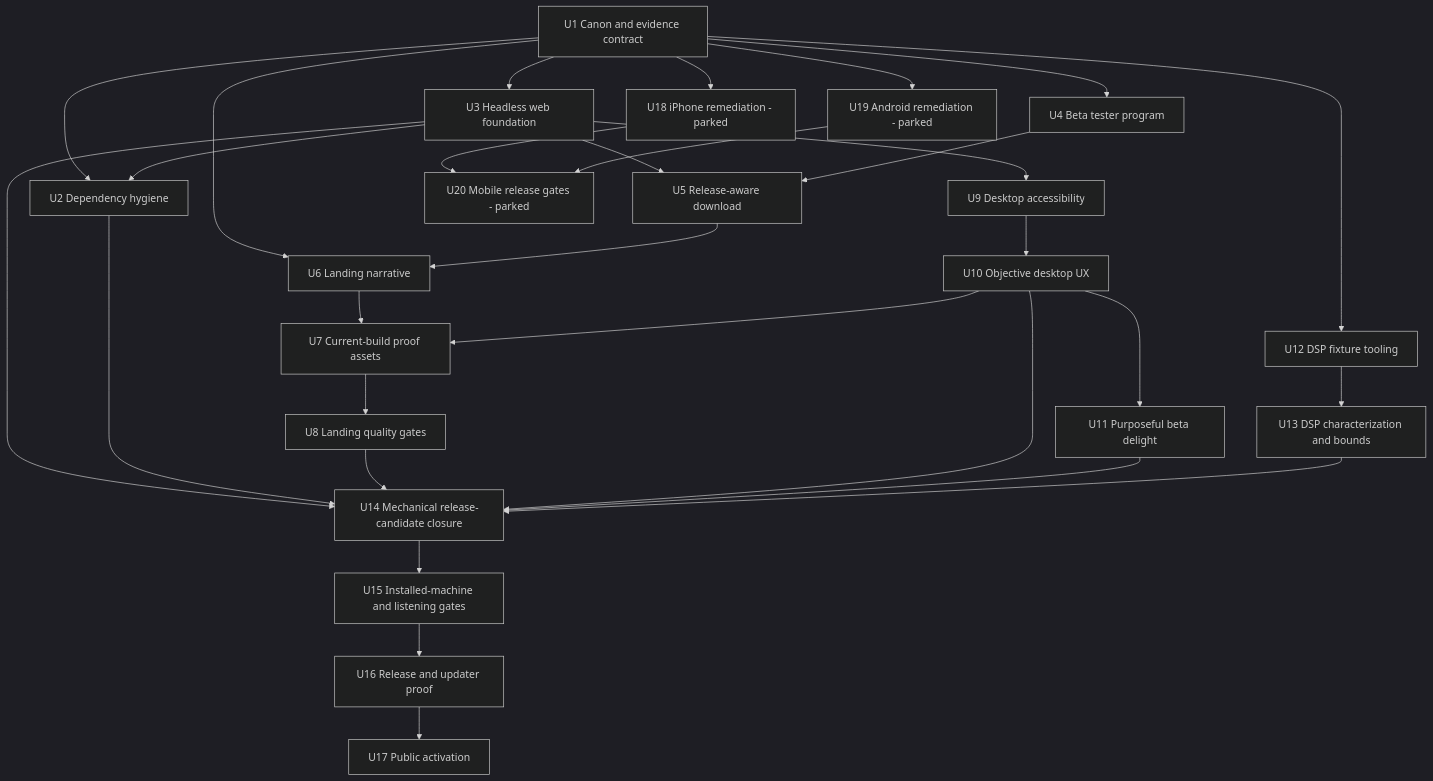
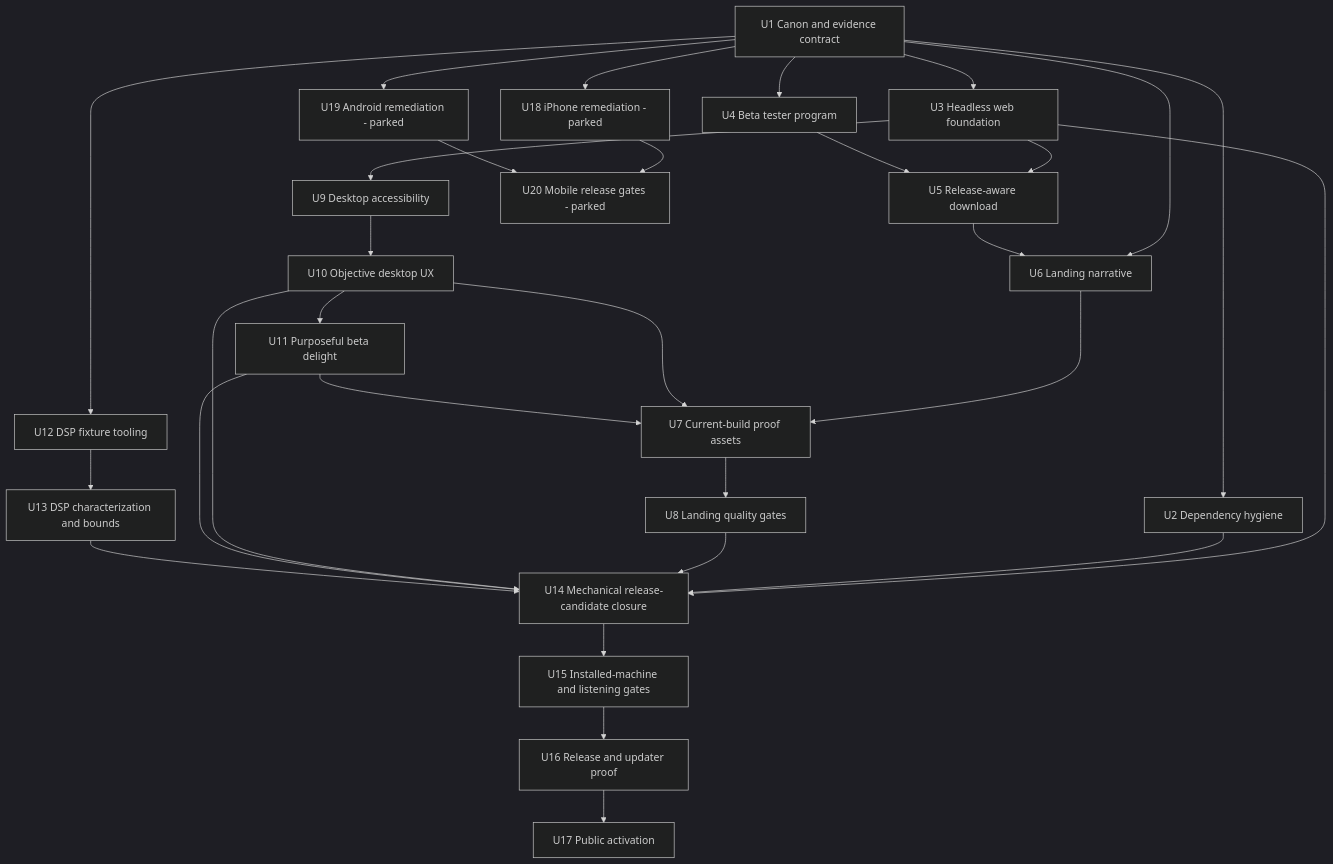
The second of 3 diagrams in docs/plans/2026-07-24-001-feat-public-beta-quality-plan.md (DanielKinsner/yes-master), drawn with Mermaid (dark theme) before and after one commit. The commit also changed other lines of this file, not shown here.

````diff
--- a/docs/plans/2026-07-24-001-feat-public-beta-quality-plan.md
+++ b/docs/plans/2026-07-24-001-feat-public-beta-quality-plan.md
@@ -265,32 +323,32 @@
 ```mermaid
 flowchart TD
     U1 --> U3["U3 Headless web foundation"]
     U1["U1 Canon and evidence contract"] --> U2["U2 Dependency hygiene"]
-    U3 --> U2
     U1 --> U4["U4 Beta tester program"]
     U3 --> U5["U5 Release-aware download"]
     U4 --> U5
     U1 --> U6["U6 Landing narrative"]
     U5 --> U6
     U6 --> U7["U7 Current-build proof assets"]
     U10 --> U7
+    U11 --> U7
     U7 --> U8["U8 Landing quality gates"]
     U3 --> U9["U9 Desktop accessibility"]
     U9 --> U10["U10 Objective desktop UX"]
     U10 --> U11["U11 Purposeful beta delight"]
     U1 --> U12["U12 DSP fixture tooling"]
     U12 --> U13["U13 DSP characterization and bounds"]
     U3 --> U14["U14 Mechanical release-candidate closure"]
     U2 --> U14
     U8 --> U14
     U10 --> U14
     U11 --> U14
     U13 --> U14
     U14 --> U15["U15 Installed-machine and listening gates"]
     U15 --> U16["U16 Release and updater proof"]
     U16 --> U17["U17 Public activation"]
     U1 --> U18["U18 iPhone remediation - parked"]
     U1 --> U19["U19 Android remediation - parked"]
     U18 --> U20["U20 Mobile release gates - parked"]
     U19 --> U20
 ```
````
